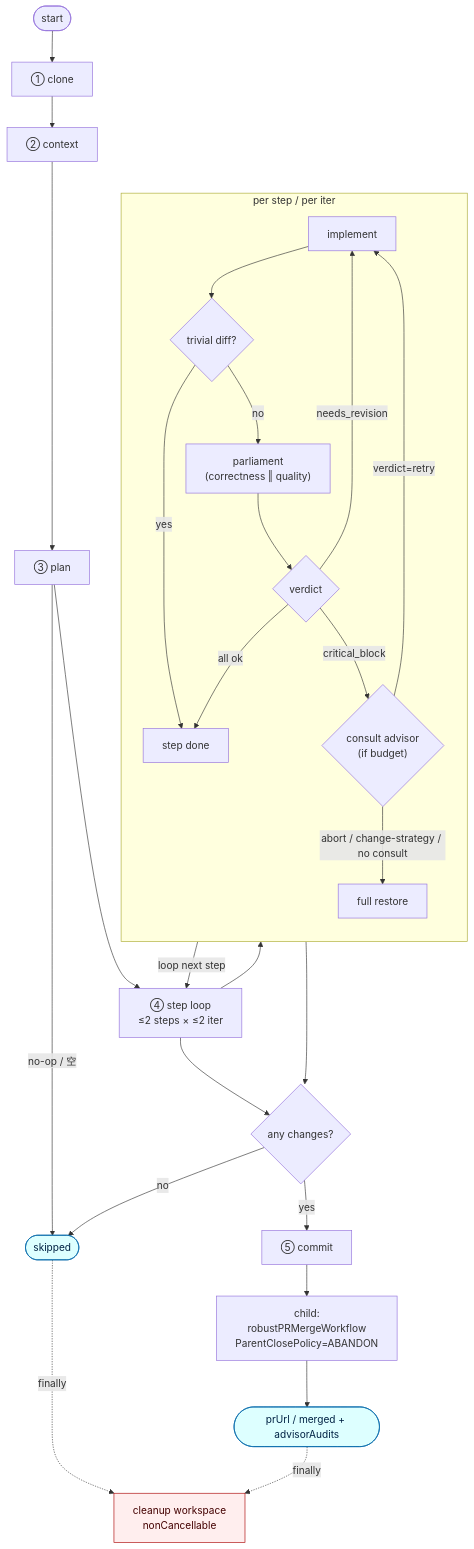
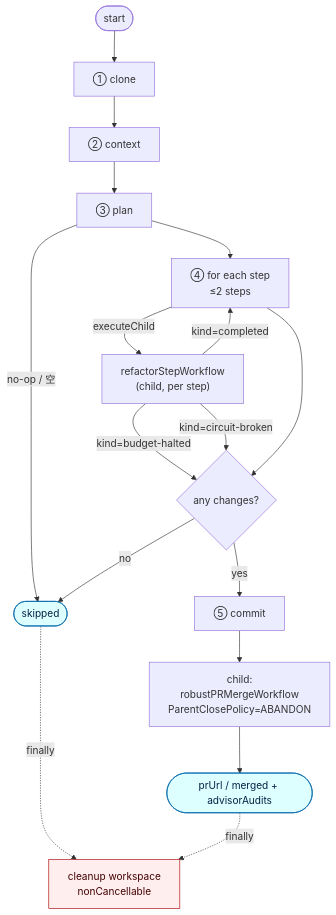
The third of 6 diagrams in docs/architecture.md (tamara1031/temporal-repo-manager), drawn with Mermaid before and after one commit. The commit also changed other lines of this file and 1 other file, not shown here.

First line of the commit message:
docs: reflect refactorStepWorkflow child in topology + reference

````diff
--- a/docs/architecture.md
+++ b/docs/architecture.md
@@ -155,37 +159,26 @@
 ```mermaid
 flowchart TD
     Start([start]) --> Clone[① clone]
     Clone --> Ctx[② context]
     Ctx --> Plan[③ plan]
     Plan -->|no-op / 空| RetSkip([skipped]):::ret
-    Plan --> StepLoop[④ step loop<br/>≤2 steps × ≤2 iter]
+    Plan --> StepLoop[④ for each step<br/>≤2 steps]
 
-    subgraph step["per step / per iter"]
-        direction TB
-        Impl[implement] --> Gate{trivial diff?}
-        Gate -->|yes| StepDone[step done]
-        Gate -->|no| Review["parliament<br/>(correctness ‖ quality)"]
-        Review --> Verdict{verdict}
-        Verdict -->|all ok| StepDone
-        Verdict -->|needs_revision| Impl
-        Verdict -->|critical_block| AdviseCB{"consult advisor<br/>(if budget)"}
-        AdviseCB -->|verdict=retry| Impl
-        AdviseCB -->|abort / change-strategy / no consult| RBall[full restore]
-    end
+    StepLoop -->|executeChild| Step["refactorStepWorkflow<br/>(child, per step)"]
+    Step -->|kind=completed| StepLoop
+    Step -->|kind=budget-halted| Final
+    Step -->|kind=circuit-broken| Final
 
-    StepLoop --> step
-    step -->|loop next step| StepLoop
     StepLoop --> Final{any changes?}
-    RBall --> Final
     Final -->|no| RetSkip
     Final -->|yes| Commit[⑤ commit]
-    Commit --> Child[child:<br/>robustPRMergeWorkflow<br/>ParentClosePolicy=ABANDON]
-    Child --> RetOk([prUrl / merged + advisorAudits]):::ret
+    Commit --> Robust[child:<br/>robustPRMergeWorkflow<br/>ParentClosePolicy=ABANDON]
+    Robust --> RetOk([prUrl / merged + advisorAudits]):::ret
 
     RetSkip -.->|finally| Cleanup
     RetOk -.->|finally| Cleanup
     Cleanup[cleanup workspace<br/>nonCancellable]:::finally
 
     classDef ret fill:#dff,stroke:#06a,color:#024
     classDef finally fill:#fee,stroke:#a00,color:#400
 ```
````
